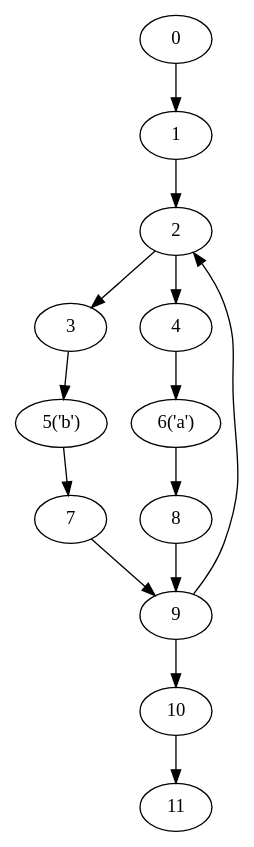
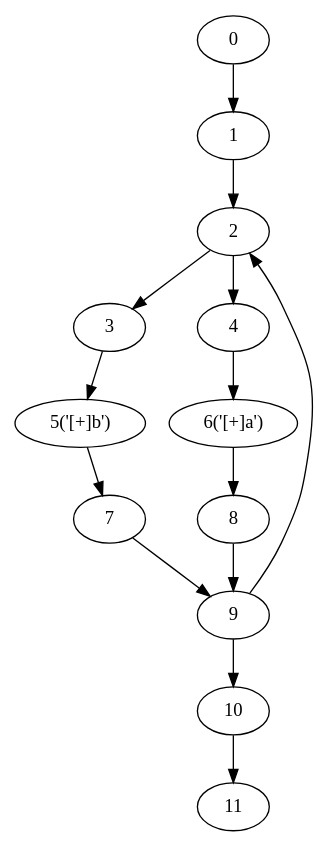
One commit to yyl-20020115/NRegEx changed the diagram in NRegex.Test/Graphs/TestMethod05.dot. Above: the diagram before and after it, drawn with Graphviz. The commit also changed 27 other files, not shown here.

```diff
--- a/NRegex.Test/Graphs/TestMethod05.dot
+++ b/NRegex.Test/Graphs/TestMethod05.dot
@@ -1,27 +1,27 @@
 digraph g {
 	0 ;
 	1 ;
 	2 ;
 	3 ;
 	4 ;
-	5 [label="5('b')"];
-	6 [label="6('a')"];
+	5 [label="5('[+]b')"];
+	6 [label="6('[+]a')"];
 	7 ;
 	8 ;
 	9 ;
 	10 ;
 	11 ;
 	0->1;
 	1->2;
 	9->2;
 	2->3;
 	2->4;
 	3->5;
 	4->6;
 	5->7;
 	6->8;
 	7->9;
 	8->9;
 	9->10;
 	10->11;
 }
```
